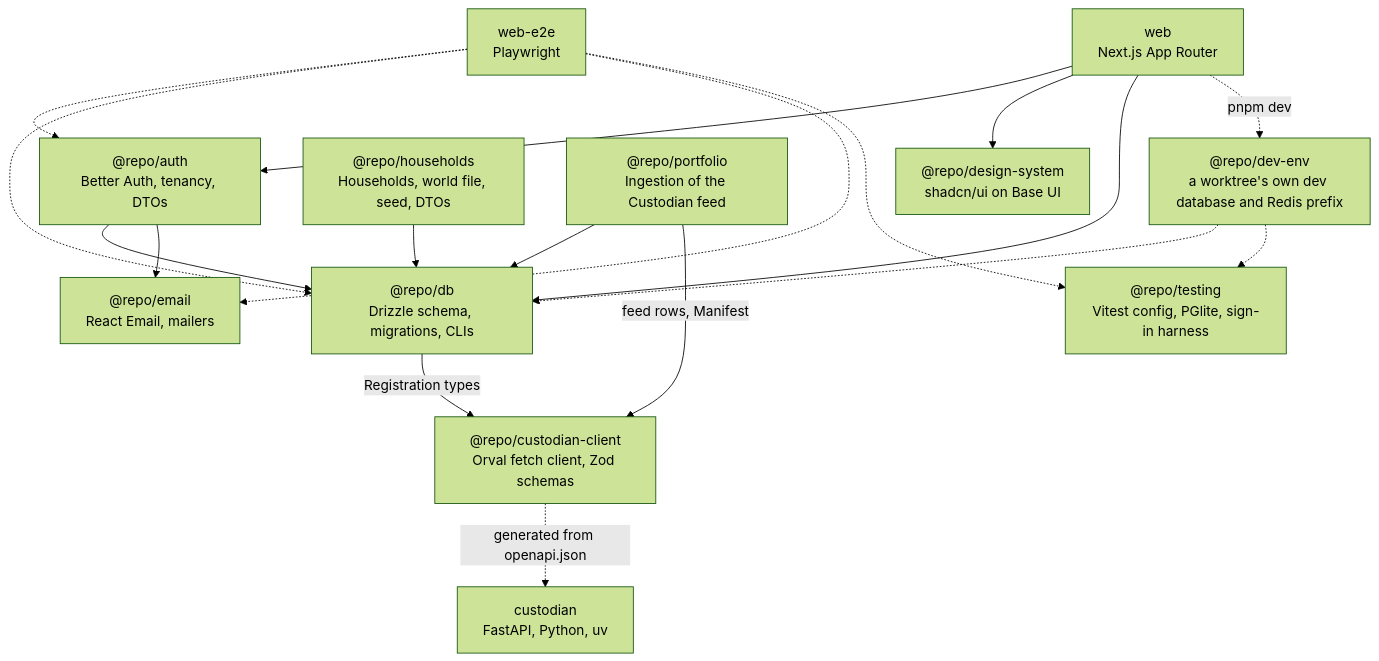
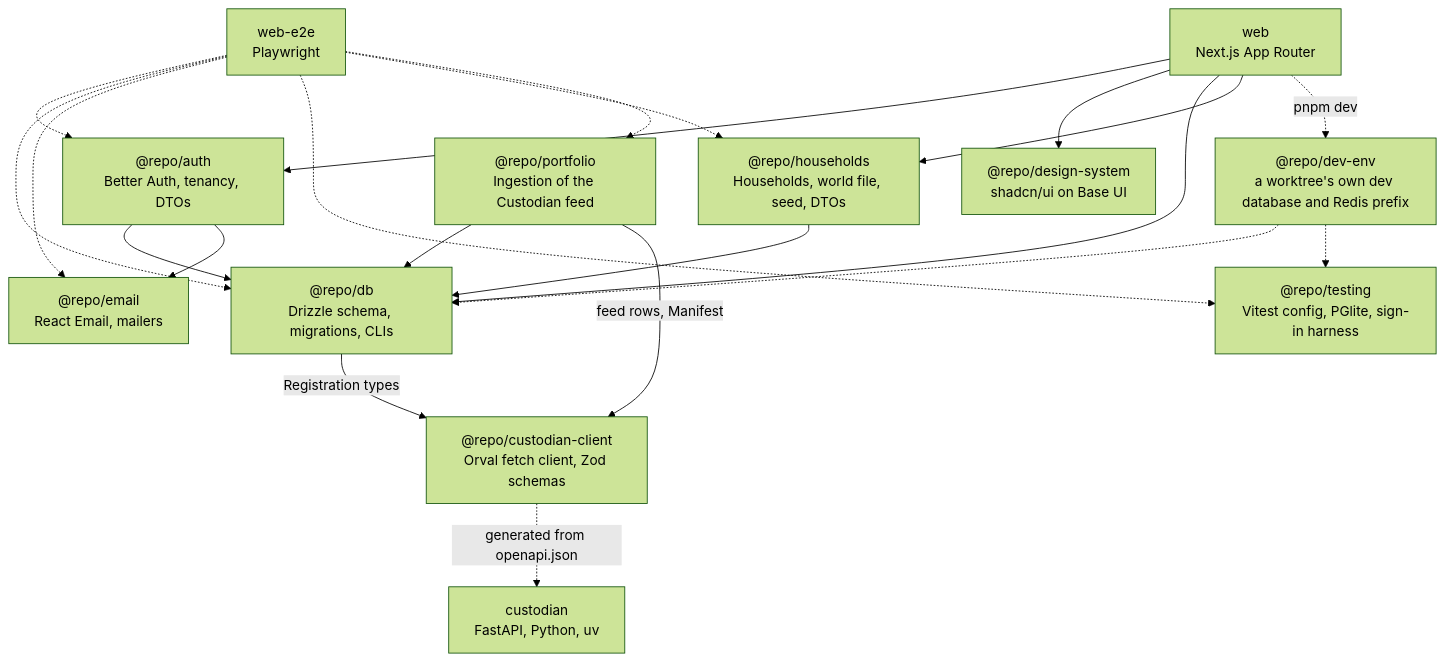
The diagram in docs/diagrams/packages.mmd (m0t0r/cognitive-wealth), drawn with Mermaid (forest theme) before and after one commit. The commit also changed 23 other files, not shown here.

```diff
--- a/docs/diagrams/packages.mmd
+++ b/docs/diagrams/packages.mmd
@@ -1,34 +1,37 @@
 flowchart TB
   web["web<br/>Next.js App Router"]
   e2e["web-e2e<br/>Playwright"]
   auth["@repo/auth<br/>Better Auth, tenancy, DTOs"]
   ds["@repo/design-system<br/>shadcn/ui on Base UI"]
   db["@repo/db<br/>Drizzle schema, migrations, CLIs"]
   email["@repo/email<br/>React Email, mailers"]
   households["@repo/households<br/>Households, world file, seed, DTOs"]
   portfolio["@repo/portfolio<br/>Ingestion of the Custodian feed"]
   testing["@repo/testing<br/>Vitest config, PGlite, sign-in harness"]
   devenv["@repo/dev-env<br/>a worktree's own dev database and Redis prefix"]
   custodian["custodian<br/>FastAPI, Python, uv"]
   client["@repo/custodian-client<br/>Orval fetch client, Zod schemas"]
 
   web --> auth
   web --> ds
   web --> db
+  web --> households
   auth --> db
   auth --> email
   households --> db
   portfolio --> db
   portfolio -->|"feed rows, Manifest"| client
   db -->|"Registration types"| client
 
   e2e -.-> auth
   e2e -.-> db
   e2e -.-> email
   e2e -.-> testing
+  e2e -.-> households
+  e2e -.-> portfolio
 
   web -.->|"pnpm dev"| devenv
   devenv -.-> db
   devenv -.-> testing
 
   client -.->|"generated from openapi.json"| custodian
```
